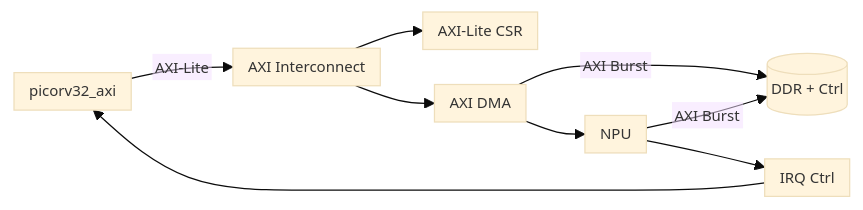
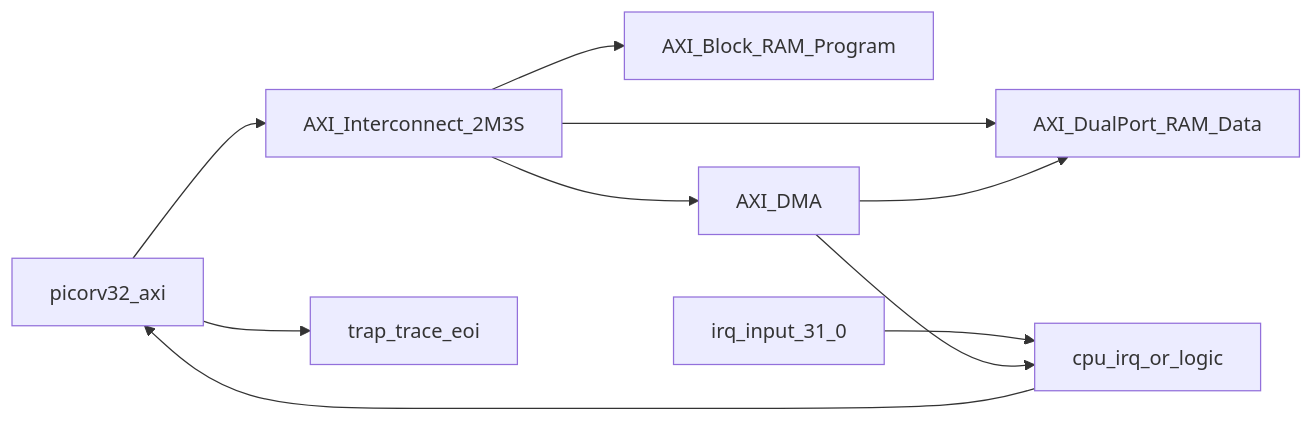
One commit to dogson50/project_1 changed the diagram in ft_3_md/飞腾杯赛题三/SOC框架/SOC总架构图.md. Above: the diagram before and after it, drawn with Mermaid. The commit also changed other lines of this file and 85 other files, not shown here.

````diff
--- a/ft_3_md/飞腾杯赛题三/SOC框架/SOC总架构图.md
+++ b/ft_3_md/飞腾杯赛题三/SOC框架/SOC总架构图.md
@@ -1,21 +6,23 @@
 ```mermaid
-%%{init: {"theme":"base","themeVariables":{"fontSize":"12px"},"flowchart":{"nodeSpacing":28,"rankSpacing":34,"padding":6,"htmlLabels":false}} }%%
 flowchart LR
     CPU[picorv32_axi]
-    AXI[AXI Interconnect]
-    CSR[AXI-Lite CSR]
-    DMA[AXI DMA]
-    NPU[NPU]
-    IRQ[IRQ Ctrl]
-    DDR[(DDR + Ctrl)]
+    IC[AXI_Interconnect_2M3S]
+    PRAM[AXI_Block_RAM_Program]
+    DRAM[AXI_DualPort_RAM_Data]
+    DMA[AXI_DMA]
+    IRQ_IN[irq_input_31_0]
+    IRQ_MUX[cpu_irq_or_logic]
+    DBG[trap_trace_eoi]
 
-    CPU -->|AXI-Lite| AXI
-    AXI --> CSR
-    AXI --> DMA
-    DMA -->|AXI Burst| DDR
-    DMA --> NPU
-    NPU -->|AXI Burst| DDR
-    NPU --> IRQ
-    IRQ --> CPU
+    IRQ_IN --> IRQ_MUX
+    DMA --> IRQ_MUX
+    IRQ_MUX --> CPU
 
+    CPU --> IC
+    IC --> PRAM
+    IC --> DRAM
+    IC --> DMA
+
+    DMA --> DRAM
+    CPU --> DBG
 ```
````
